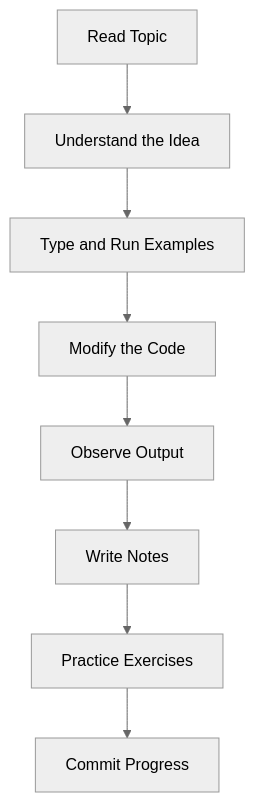
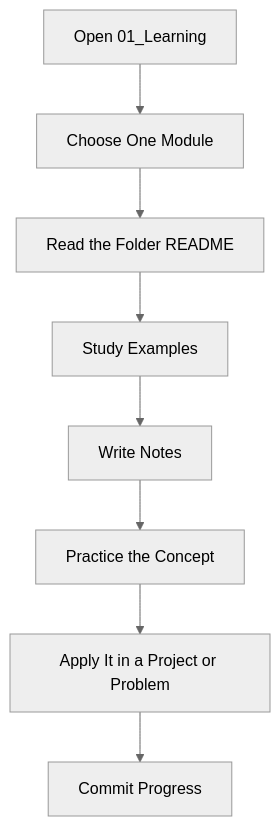
One commit to ArnavRajDas/Programming-in-Python changed the fourth of 8 diagrams in README.md. Above: the diagram before and after it, drawn with Mermaid (neutral theme). The commit also changed other lines of this file and 1 other file, not shown here.

Commit message:
Redesign README structure and repository architecture and add Assets folder

````diff
--- a/README.md
+++ b/README.md
@@ -383,10 +277,10 @@
 ```mermaid
 flowchart TD
-	A[Read Topic] --> B[Understand the Idea]
-	B --> C[Type and Run Examples]
-	C --> D[Modify the Code]
-	D --> E[Observe Output]
-	E --> F[Write Notes]
-	F --> G[Practice Exercises]
+	A[Open 01_Learning] --> B[Choose One Module]
+	B --> C[Read the Folder README]
+	C --> D[Study Examples]
+	D --> E[Write Notes]
+	E --> F[Practice the Concept]
+	F --> G[Apply It in a Project or Problem]
 	G --> H[Commit Progress]
 ```
````
